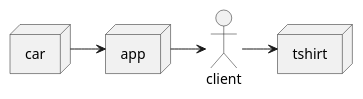
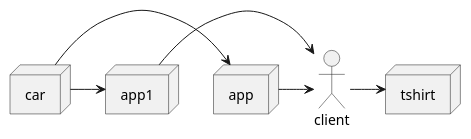
One commit to mykolenkomitya/uml changed the diagram in 6.puml. Above: the diagram before and after it, drawn with PlantUML. The commit also changed 5 other files, not shown here.

```diff
--- a/6.puml
+++ b/6.puml
@@ -1,10 +1,13 @@
 @startuml
 actor client
 node app
+node app1
 node car
 node tshirt
 
 car -> app
+car -> app1
 app -> client
+app1 -> client
 client -> tshirt
 @enduml
```
